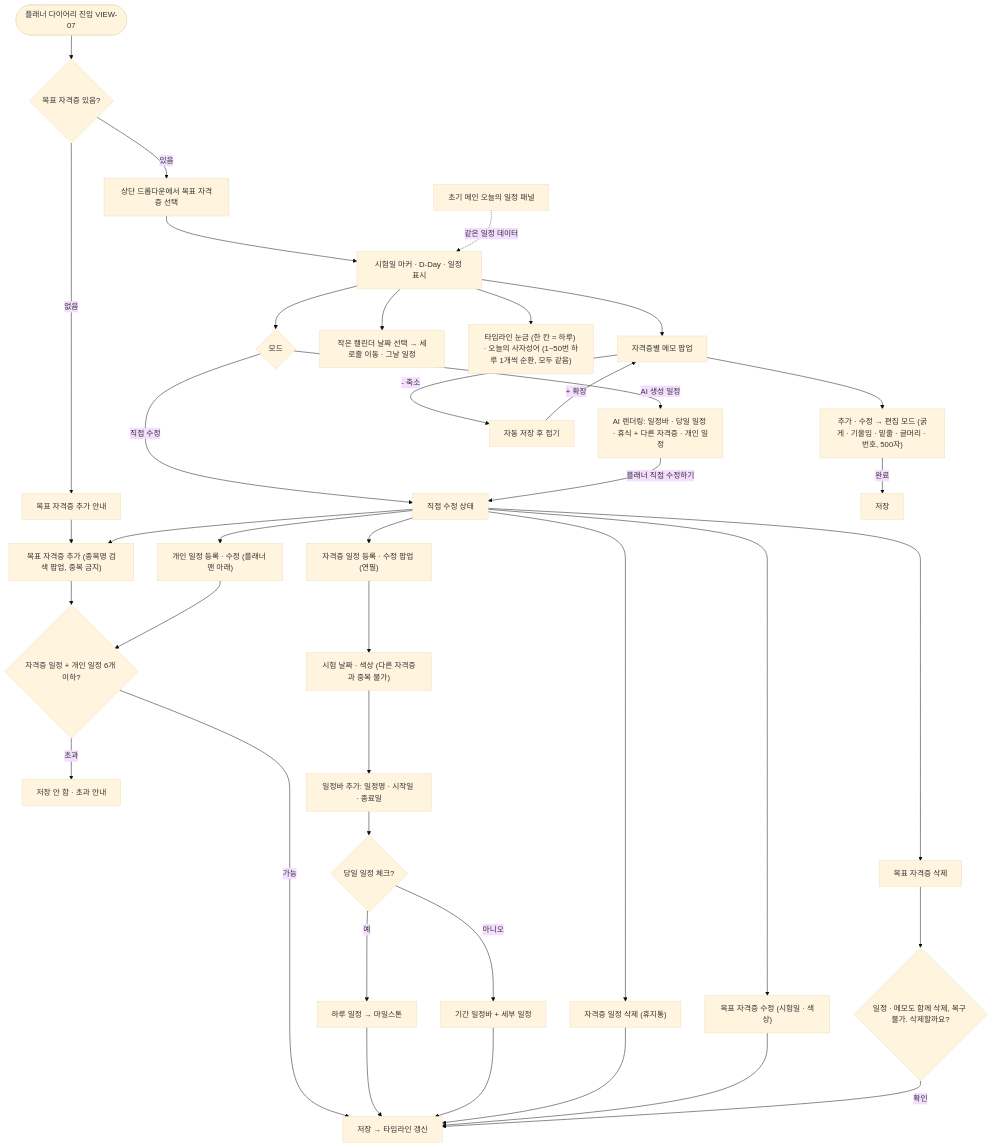
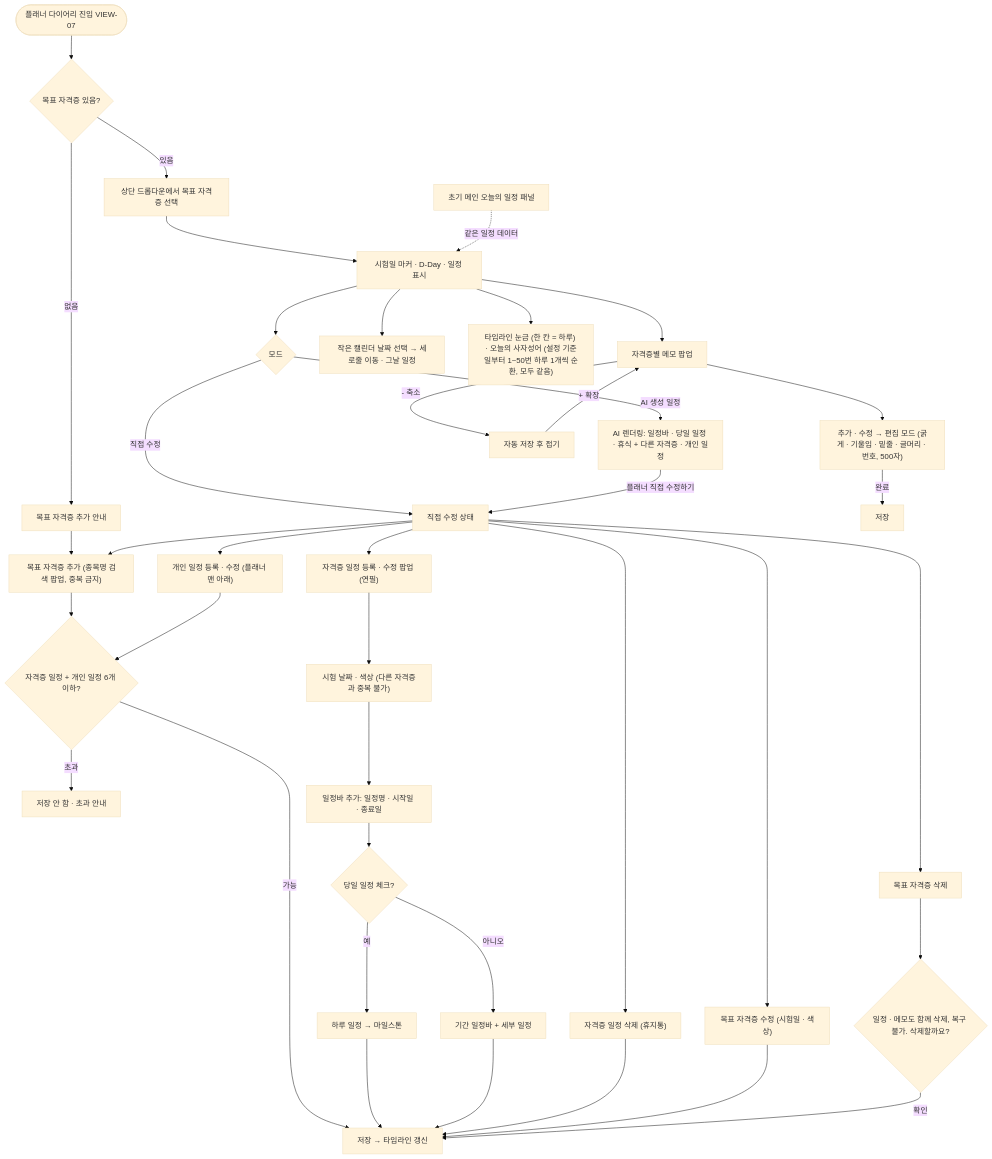
Before and after one commit to team-ap-cert-sniper/cert-sniper: the seventh of 12 diagrams in docs/FLOWCHART.md, drawn with Mermaid (base theme). The commit also changed other lines of this file and 29 other files, not shown here.

Commit message:
DB 설계서 업데이트: 스키아- ERD - 플로우차트 - etl - README

````diff
--- a/docs/FLOWCHART.md
+++ b/docs/FLOWCHART.md
@@ -236,41 +236,41 @@
 ```mermaid
 flowchart TD
   A(["플래너 다이어리 진입 VIEW-07"]) --> B{"목표 자격증 있음?"}
   B -->|없음| C["목표 자격증 추가 안내"]
   B -->|있음| D["상단 드롭다운에서 목표 자격증 선택"]
   D --> E["시험일 마커 · D-Day · 일정 표시"]
   E --> F{"모드"}
   F -->|AI 생성 일정| G["AI 렌더링: 일정바 · 당일 일정 · 휴식 + 다른 자격증 · 개인 일정"]
   F -->|직접 수정| H["직접 수정 상태"]
   G -->|플래너 직접 수정하기| H
   C --> T1
   H --> T1["목표 자격증 추가 (종목명 검색 팝업, 중복 금지)"]
   H --> T2["자격증 일정 등록 · 수정 팝업 (연필)"]
   H --> T6["자격증 일정 삭제 (휴지통)"]
   H --> T3["개인 일정 등록 · 수정 (플래너 맨 아래)"]
   H --> T4["목표 자격증 수정 (시험일 · 색상)"]
   H --> T5["목표 자격증 삭제"]
   T1 --> LIM{"자격증 일정 + 개인 일정 6개 이하?"}
   T3 --> LIM
   LIM -->|초과| X["저장 안 함 · 초과 안내"]
   LIM -->|가능| SAVE["저장 → 타임라인 갱신"]
   T2 --> P1["시험 날짜 · 색상 (다른 자격증과 중복 불가)"]
   P1 --> P2["일정바 추가: 일정명 · 시작일 · 종료일"]
   P2 --> P3{"당일 일정 체크?"}
   P3 -->|예| P4["하루 일정 → 마일스톤"]
   P3 -->|아니오| P5["기간 일정바 + 세부 일정"]
   P4 --> SAVE
   P5 --> SAVE
   T6 --> SAVE
   T4 --> SAVE
   T5 --> DEL{"일정 · 메모도 함께 삭제, 복구 불가. 삭제할까요?"}
   DEL -->|확인| SAVE
   E --> MEMO["자격증별 메모 팝업"]
   MEMO --> MM1["추가 · 수정 → 편집 모드 (굵게 · 기울임 · 밑줄 · 글머리 · 번호, 500자)"]
   MM1 -->|완료| MM2["저장"]
   MEMO -->|- 축소| MM3["자동 저장 후 접기"]
   MM3 -->|+ 확장| MEMO
   E --> CAL["작은 캘린더 날짜 선택 → 세로줄 이동 · 그날 일정"]
-  E --> Q["타임라인 눈금 (한 칸 = 하루) · 오늘의 사자성어 (1~50번 하루 1개씩 순환, 모두 같음)"]
+  E --> Q["타임라인 눈금 (한 칸 = 하루) · 오늘의 사자성어 (설정 기준일부터 1~50번 하루 1개씩 순환, 모두 같음)"]
   MAIN["초기 메인 오늘의 일정 패널"] -.->|같은 일정 데이터| E
 ```
````
